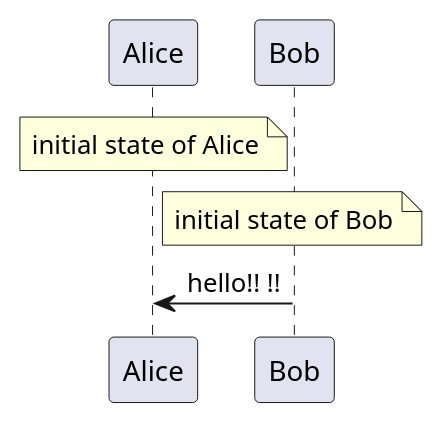
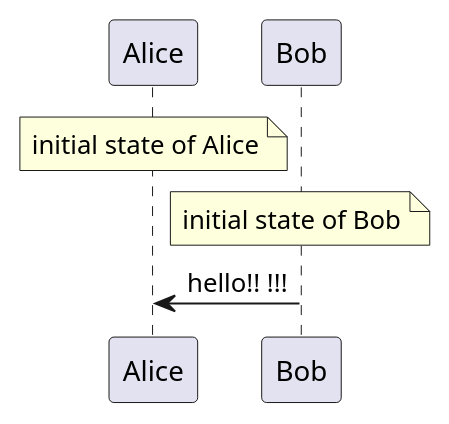
One commit to karhidle/test-diagrams changed the diagram in diagram.puml. Above: the diagram before and after it, drawn with PlantUML. The commit also changed 1 other file, not shown here.

```diff
--- a/diagram.puml
+++ b/diagram.puml
@@ -1,5 +1,5 @@
 @startuml
 note over Alice : initial state of Alice
 note over Bob : initial state of Bob
-Bob -> Alice : hello!! !!
+Bob -> Alice : hello!! !!!
 @enduml
```
